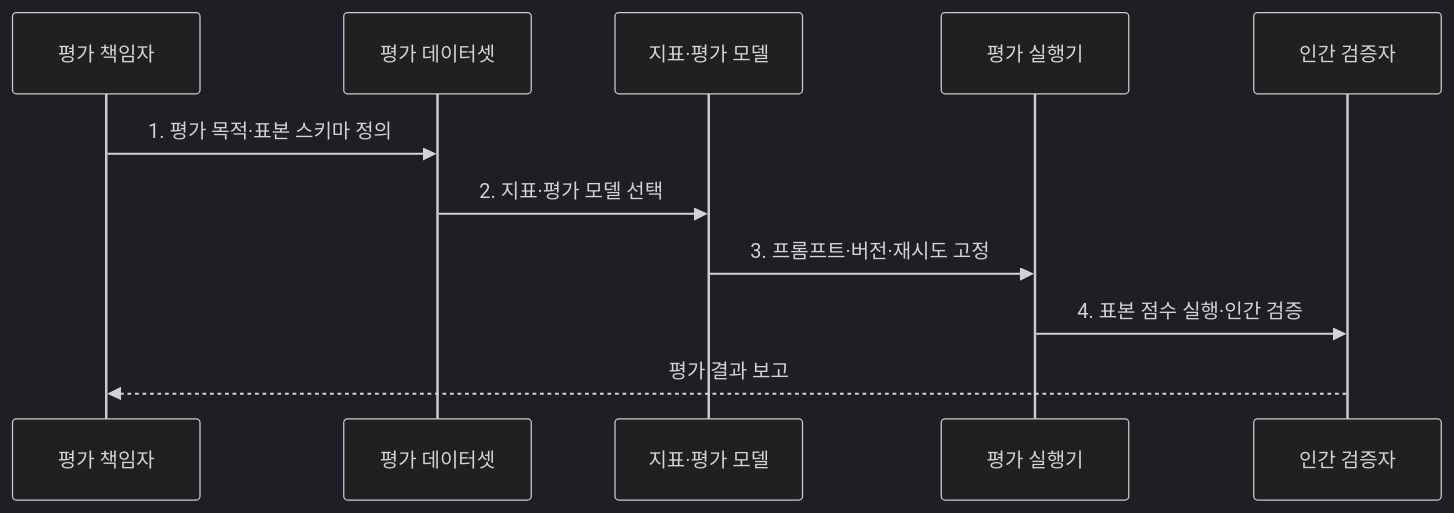
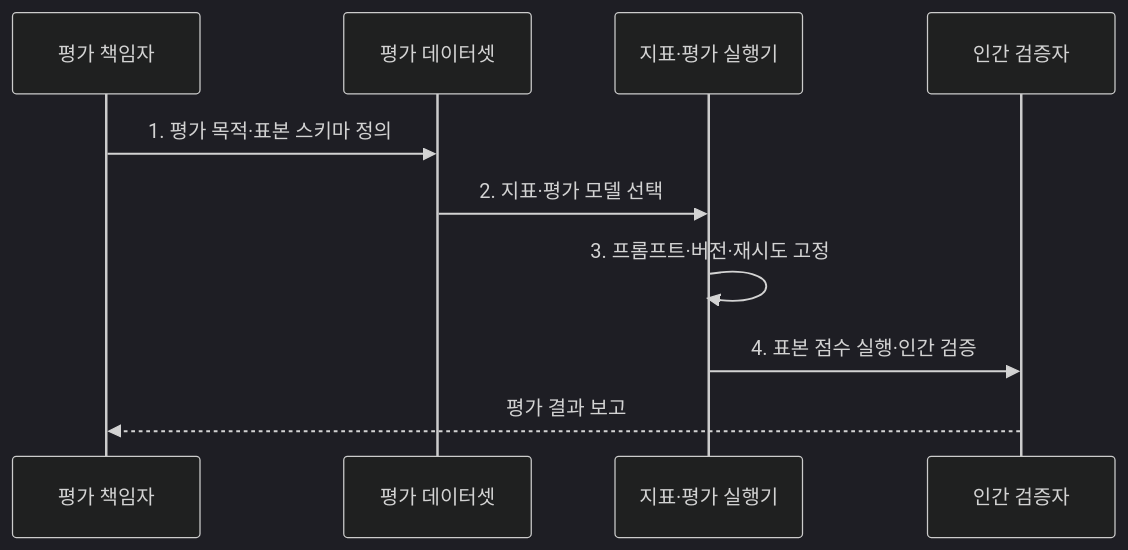
Before and after one commit to agnusdei1207/knowledge-base: the second of 2 diagrams in src/content/docs/notes/08-latest-tech/082_ragas.md, drawn with Mermaid (dark theme). The commit also changed 8 other files, not shown here.

Commit message:
Focus AI evaluation and reasoning flows

````diff
--- a/src/content/docs/notes/08-latest-tech/082_ragas.md
+++ b/src/content/docs/notes/08-latest-tech/082_ragas.md
@@ -98,13 +98,12 @@
 ```mermaid
 sequenceDiagram
     participant O as 평가 책임자
     participant D as 평가 데이터셋
-    participant M as 지표·평가 모델
-    participant X as 평가 실행기
+    participant E as 지표·평가 실행기
     participant H as 인간 검증자
     O->>D: 1. 평가 목적·표본 스키마 정의
-    D->>M: 2. 지표·평가 모델 선택
-    M->>X: 3. 프롬프트·버전·재시도 고정
-    X->>H: 4. 표본 점수 실행·인간 검증
+    D->>E: 2. 지표·평가 모델 선택
+    E->>E: 3. 프롬프트·버전·재시도 고정
+    E->>H: 4. 표본 점수 실행·인간 검증
     H-->>O: 평가 결과 보고
 ```
````
